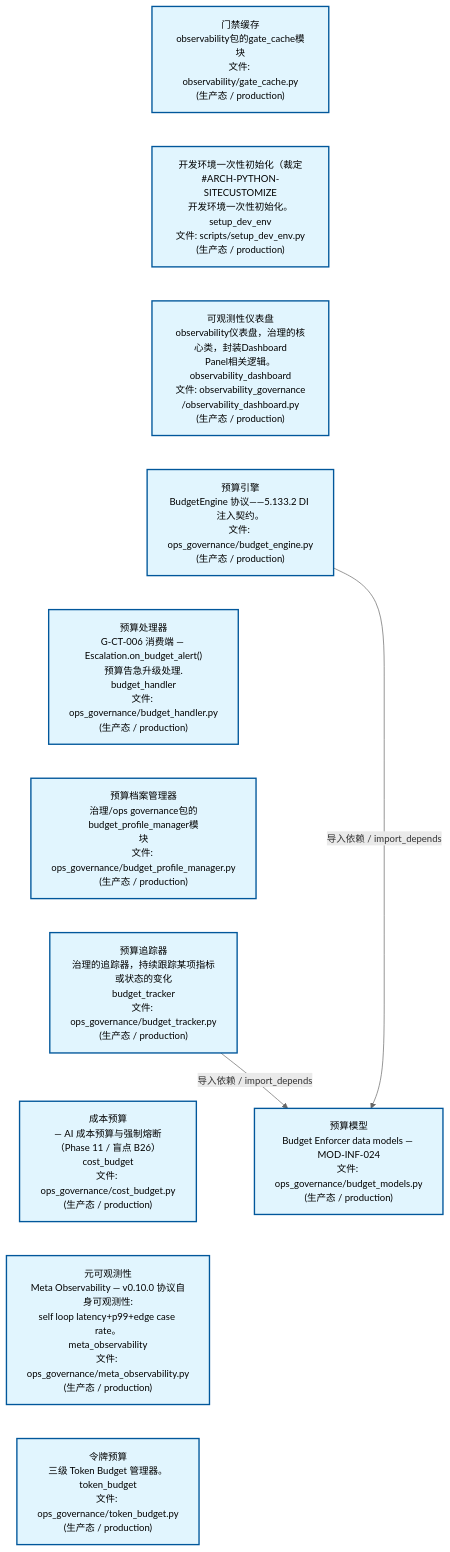
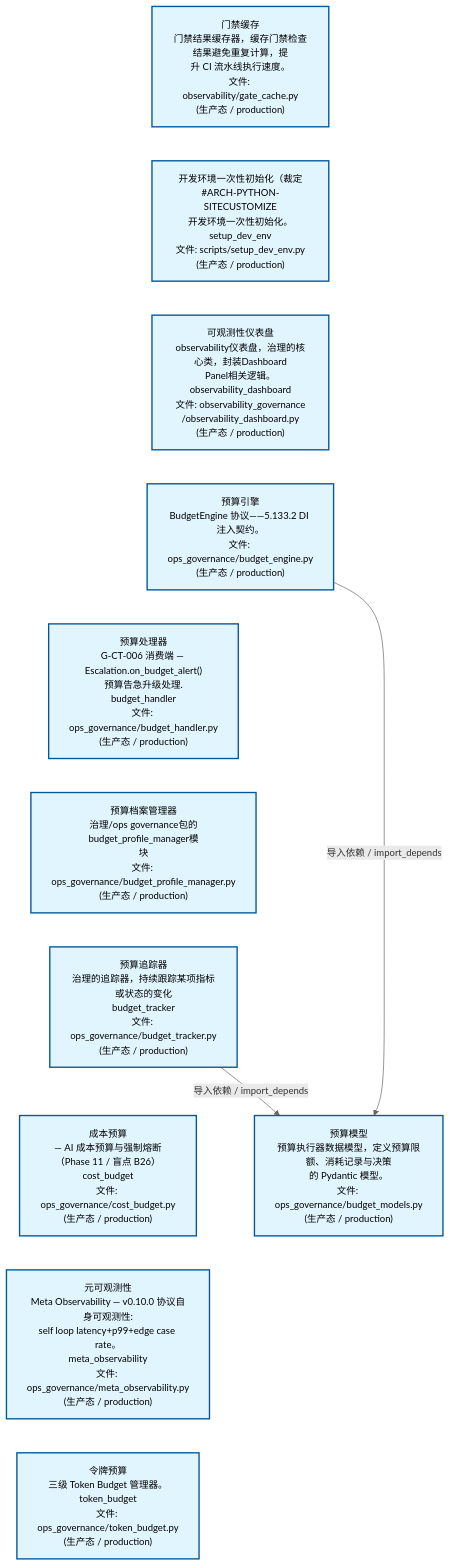
The second of 3 diagrams in docs/02_enterprise_architecture/02_domain_architecture_docs/24_d_ops.md (xuanFelixVan/ZephyrAlpha), drawn with Mermaid before and after one commit. The commit also changed other lines of this file and 43 other files, not shown here.

````diff
--- a/docs/02_enterprise_architecture/02_domain_architecture_docs/24_d_ops.md
+++ b/docs/02_enterprise_architecture/02_domain_architecture_docs/24_d_ops.md
@@ -125,31 +126,31 @@
 ```mermaid
 %%{init: {'theme': 'base', 'themeVariables': {'primaryColor': '#eaeaea', 'primaryTextColor': '#333333', 'primaryBorderColor': '#666666', 'lineColor': '#666666', 'secondaryColor': '#eaeaea', 'tertiaryColor': '#eaeaea', 'fontSize': '14px'}}}%%
 flowchart TD
-    scripts_governance_observability_gate_cache_py["门禁缓存<br/>observability包的gate_cache模块<br/>文件: observability/gate_cache.py<br/>(生产态 / production)"]
+    scripts_governance_observability_gate_cache_py["门禁缓存<br/>门禁结果缓存器，缓存门禁检查结果避免重复计算，提<br/>升 CI 流水线执行速度。<br/>文件: observability/gate_cache.py<br/>(生产态 / production)"]
     scripts_setup_dev_env_py["开发环境一次性初始化（裁定<br/>#ARCH-PYTHON-SITECUSTOMIZE<br/>开发环境一次性初始化。<br/>setup_dev_env<br/>文件: scripts/setup_dev_env.py<br/>(生产态 / production)"]
     src_zephyr_governance_observability_governance_observability_dashboard_py["可观测性仪表盘<br/>observability仪表盘，治理的核心类，封装Dashboard<br/>Panel相关逻辑。<br/>observability_dashboard<br/>文件: observability_governance<br/>/observability_dashboard.py<br/>(生产态 / production)"]
     src_zephyr_governance_ops_governance_budget_engine_py["预算引擎<br/>BudgetEngine 协议——5.133.2 DI 注入契约。<br/>文件: ops_governance/budget_engine.py<br/>(生产态 / production)"]
     src_zephyr_governance_ops_governance_budget_handler_py["预算处理器<br/>G-CT-006 消费端 — Escalation.on_budget_alert()<br/>预算告急升级处理.<br/>budget_handler<br/>文件: ops_governance/budget_handler.py<br/>(生产态 / production)"]
     src_zephyr_governance_ops_governance_budget_profile_manager_py["预算档案管理器<br/>治理/ops governance包的budget_profile_manager模<br/>块<br/>文件: ops_governance/budget_profile_manager.py<br/>(生产态 / production)"]
     src_zephyr_governance_ops_governance_budget_tracker_py["预算追踪器<br/>治理的追踪器，持续跟踪某项指标或状态的变化<br/>budget_tracker<br/>文件: ops_governance/budget_tracker.py<br/>(生产态 / production)"]
     src_zephyr_governance_ops_governance_cost_budget_py["成本预算<br/>— AI 成本预算与强制熔断（Phase 11 / 盲点 B26）<br/>cost_budget<br/>文件: ops_governance/cost_budget.py<br/>(生产态 / production)"]
     src_zephyr_governance_ops_governance_meta_observability_py["元可观测性<br/>Meta Observability — v0.10.0 协议自身可观测性:<br/>self loop latency+p99+edge case rate。<br/>meta_observability<br/>文件: ops_governance/meta_observability.py<br/>(生产态 / production)"]
     src_zephyr_governance_ops_governance_token_budget_py["令牌预算<br/>三级 Token Budget 管理器。<br/>token_budget<br/>文件: ops_governance/token_budget.py<br/>(生产态 / production)"]
     scripts_governance_observability_gate_cache_py ~~~ scripts_setup_dev_env_py
     scripts_setup_dev_env_py ~~~ src_zephyr_governance_observability_governance_observability_dashboard_py
     src_zephyr_governance_observability_governance_observability_dashboard_py ~~~ src_zephyr_governance_ops_governance_budget_engine_py
     src_zephyr_governance_ops_governance_budget_engine_py ~~~ src_zephyr_governance_ops_governance_budget_handler_py
     src_zephyr_governance_ops_governance_budget_handler_py ~~~ src_zephyr_governance_ops_governance_budget_profile_manager_py
     src_zephyr_governance_ops_governance_budget_profile_manager_py ~~~ src_zephyr_governance_ops_governance_budget_tracker_py
     src_zephyr_governance_ops_governance_budget_tracker_py ~~~ src_zephyr_governance_ops_governance_cost_budget_py
     src_zephyr_governance_ops_governance_cost_budget_py ~~~ src_zephyr_governance_ops_governance_meta_observability_py
     src_zephyr_governance_ops_governance_meta_observability_py ~~~ src_zephyr_governance_ops_governance_token_budget_py
-    src_zephyr_governance_ops_governance_budget_models_py["预算模型<br/>Budget Enforcer data models — MOD-INF-024<br/>文件: ops_governance/budget_models.py<br/>(生产态 / production)"]
+    src_zephyr_governance_ops_governance_budget_models_py["预算模型<br/>预算执行器数据模型，定义预算限额、消耗记录与决策<br/>的 Pydantic 模型。<br/>文件: ops_governance/budget_models.py<br/>(生产态 / production)"]
     src_zephyr_governance_ops_governance_budget_engine_py -->|导入依赖 / import_depends| src_zephyr_governance_ops_governance_budget_models_py
     src_zephyr_governance_ops_governance_budget_tracker_py -->|导入依赖 / import_depends| src_zephyr_governance_ops_governance_budget_models_py
     classDef production fill:#e1f5fe,stroke:#01579b,stroke-width:2px,color:#000
     classDef design fill:#fff3e0,stroke:#e65100,stroke-width:2px,color:#000,stroke-dasharray: 5 5
     classDef external_prod fill:#e8f4fd,stroke:#0277bd,stroke-width:1px,color:#000
     classDef external_design fill:#fff8e7,stroke:#ef6c00,stroke-width:1px,color:#000,stroke-dasharray: 5 5
     class scripts_governance_observability_gate_cache_py,scripts_setup_dev_env_py,src_zephyr_governance_observability_governance_observability_dashboard_py,src_zephyr_governance_ops_governance_budget_engine_py,src_zephyr_governance_ops_governance_budget_handler_py,src_zephyr_governance_ops_governance_budget_models_py,src_zephyr_governance_ops_governance_budget_profile_manager_py,src_zephyr_governance_ops_governance_budget_tracker_py,src_zephyr_governance_ops_governance_cost_budget_py,src_zephyr_governance_ops_governance_meta_observability_py,src_zephyr_governance_ops_governance_token_budget_py production
 ```
````
